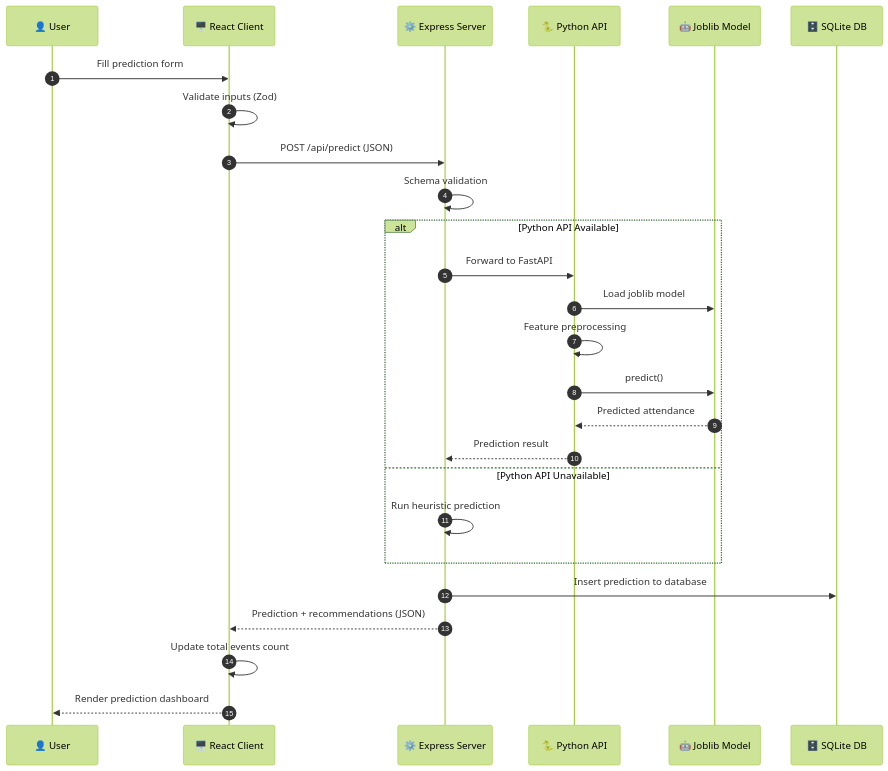
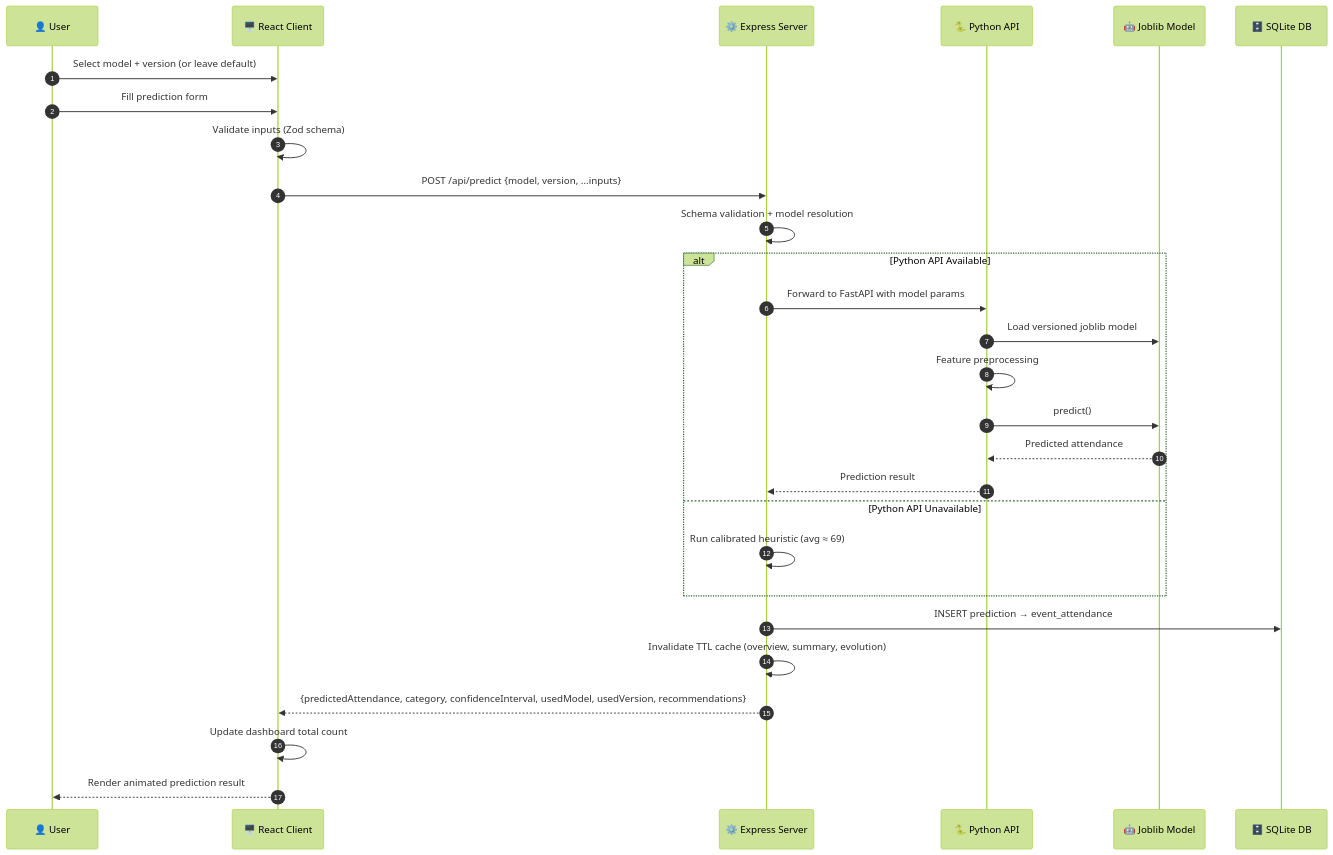
One commit to vengeance0112/Campus-Intel---Hackathon-3 changed the fourth of 15 diagrams in README.md. Above: the diagram before and after it, drawn with Mermaid (forest theme). The commit also changed other lines of this file, not shown here.

````diff
--- a/README.md
+++ b/README.md
@@ -197,31 +264,33 @@
 ```mermaid
 sequenceDiagram
     autonumber
     participant U as 👤 User
     participant C as 🖥️ React Client
     participant E as ⚙️ Express Server
     participant P as 🐍 Python API
     participant M as 🤖 Joblib Model
     participant D as 🗄️ SQLite DB
 
+    U->>C: Select model + version (or leave default)
     U->>C: Fill prediction form
-    C->>C: Validate inputs (Zod)
-    C->>E: POST /api/predict (JSON)
-    E->>E: Schema validation
-    
+    C->>C: Validate inputs (Zod schema)
+    C->>E: POST /api/predict {model, version, ...inputs}
+    E->>E: Schema validation + model resolution
+
     alt Python API Available
-        E->>P: Forward to FastAPI
-        P->>M: Load joblib model
+        E->>P: Forward to FastAPI with model params
+        P->>M: Load versioned joblib model
         P->>P: Feature preprocessing
         P->>M: predict()
         M-->>P: Predicted attendance
         P-->>E: Prediction result
     else Python API Unavailable
-        E->>E: Run heuristic prediction
+        E->>E: Run calibrated heuristic (avg ≈ 69)
     end
-    
-    E->>D: Insert prediction to database
-    E-->>C: Prediction + recommendations (JSON)
-    C->>C: Update total events count
-    C-->>U: Render prediction dashboard
+
+    E->>D: INSERT prediction → event_attendance
+    E->>E: Invalidate TTL cache (overview, summary, evolution)
+    E-->>C: {predictedAttendance, category, confidenceInterval, usedModel, usedVersion, recommendations}
+    C->>C: Update dashboard total count
+    C-->>U: Render animated prediction result
 ```
````
